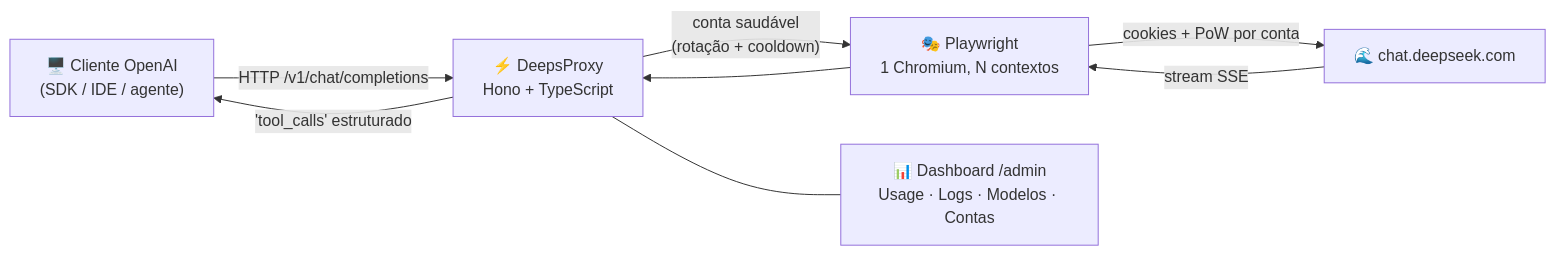
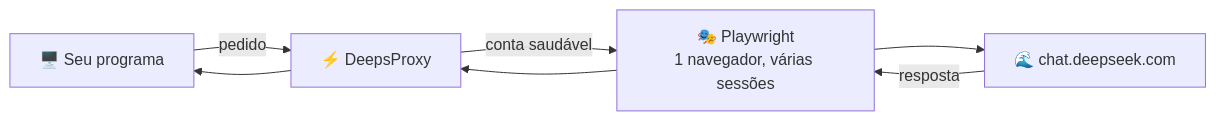
One commit to Panhard-Dev/deepsproxy changed the diagram in README.md. Above: the diagram before and after it, drawn with Mermaid. The commit also changed other lines of this file, not shown here.

````diff
--- a/README.md
+++ b/README.md
@@ -51,10 +170,7 @@
 ```mermaid
 flowchart LR
-    A["🖥️ Cliente OpenAI<br/>(SDK / IDE / agente)"] -->|"HTTP /v1/chat/completions"| B["⚡ DeepsProxy<br/>Hono + TypeScript"]
-    B -->|"conta saudável<br/>(rotação + cooldown)"| C["🎭 Playwright<br/>1 Chromium, N contextos"]
-    C -->|"cookies + PoW por conta"| D["🌊 chat.deepseek.com"]
-    D -->|"stream SSE"| C
-    C --> B
-    B -->|"'tool_calls' estruturado"| A
-    B --- E["📊 Dashboard /admin<br/>Usage · Logs · Modelos · Contas"]
+    A["🖥️ Seu programa"] -->|"pedido"| B["⚡ DeepsProxy"]
+    B -->|"conta saudável"| C["🎭 Playwright<br/>1 navegador, várias sessões"]
+    C --> D["🌊 chat.deepseek.com"]
+    D -->|"resposta"| C --> B --> A
 ```
````
